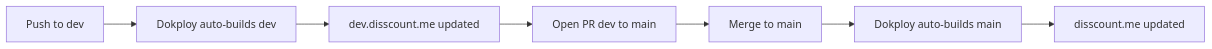
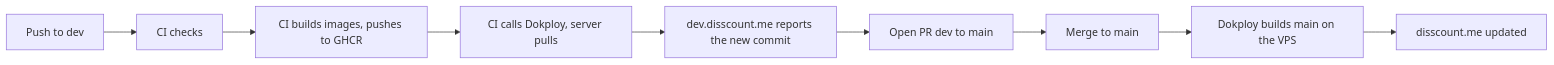
The second of 3 diagrams in docs/DEPLOYMENT.md (OffCrazyFreak/Disscount), drawn with Mermaid before and after one commit. The commit also changed other lines of this file, not shown here.

First line of the commit message:
docs(deployment): Describe image based dev deploys

````diff
--- a/docs/DEPLOYMENT.md
+++ b/docs/DEPLOYMENT.md
@@ -102,9 +102,11 @@
 ```mermaid
 flowchart LR
-    A[Push to dev] --> B[Dokploy auto-builds dev]
-    B --> C[dev.disscount.me updated]
-    C --> D[Open PR dev to main]
-    D --> E[Merge to main]
-    E --> F[Dokploy auto-builds main]
-    F --> G[disscount.me updated]
+    A[Push to dev] --> B[CI checks]
+    B --> C[CI builds images, pushes to GHCR]
+    C --> D[CI calls Dokploy, server pulls]
+    D --> E[dev.disscount.me reports the new commit]
+    E --> F[Open PR dev to main]
+    F --> G[Merge to main]
+    G --> H[Dokploy builds main on the VPS]
+    H --> I[disscount.me updated]
 ```
````
